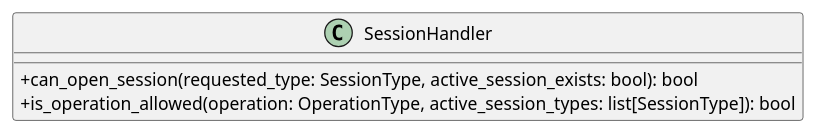
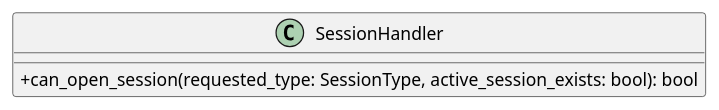
One commit to GroupRubberDuck/Documentazione changed the diagram in src/PB/DocumentazioneEsterna/Specifica_Tecnica/content/uml/puml/Diagrammi_classi/Dominio/SessionHandler.puml. Above: the diagram before and after it, drawn with PlantUML. The commit also changed 6 other files, not shown here.

```diff
--- a/src/PB/DocumentazioneEsterna/Specifica_Tecnica/content/uml/puml/Diagrammi_classi/Dominio/SessionHandler.puml
+++ b/src/PB/DocumentazioneEsterna/Specifica_Tecnica/content/uml/puml/Diagrammi_classi/Dominio/SessionHandler.puml
@@ -1,11 +1,10 @@
 @startuml SessionHandler
 skinparam linetype ortho
 skinparam classAttributeIconSize 0
 
 class SessionHandler {
-+ can_open_session(requested_type: SessionType, active_session_exists: bool): bool
-+ is_operation_allowed(operation: OperationType, active_session_types: list[SessionType]): bool
+    + can_open_session(requested_type: SessionType, active_session_exists: bool): bool
 
 }
 
 @enduml
```
